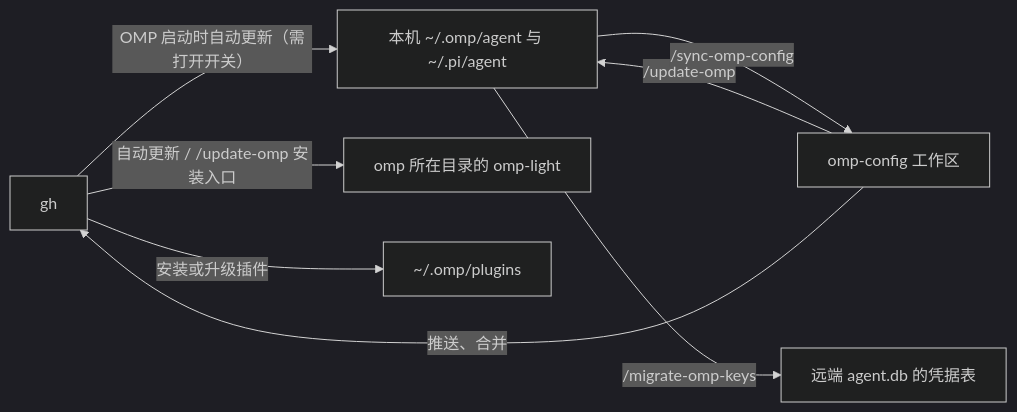
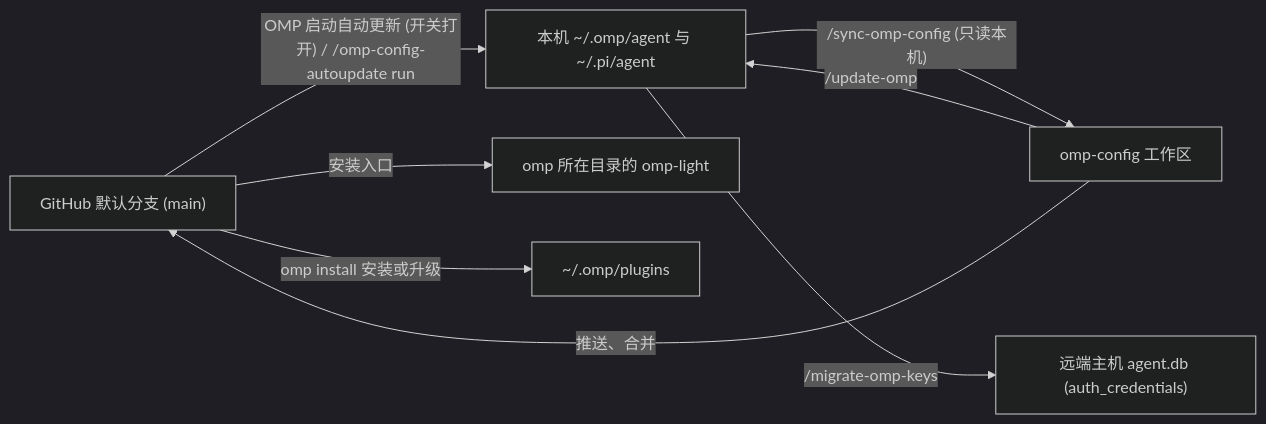
One commit to dbydd/oh-my-omomp changed the second of 2 diagrams in README.zh-CN.md. Above: the diagram before and after it, drawn with Mermaid (dark theme). The commit also changed other lines of this file and 6 other files, not shown here.

````diff
--- a/README.zh-CN.md
+++ b/README.zh-CN.md
@@ -116,10 +108,10 @@
 ```mermaid
 flowchart LR
-  gh -->|"OMP 启动时自动更新（需打开开关）"| local["本机 ~/.omp/agent 与 ~/.pi/agent"]
+  gh["GitHub 默认分支 (main)"] -->|"OMP 启动自动更新 (开关打开) / /omp-config-autoupdate run"| local["本机 ~/.omp/agent 与 ~/.pi/agent"]
   repo["omp-config 工作区"] -->|"/update-omp"| local
-  local -->|"/sync-omp-config"| repo
+  local -->|"/sync-omp-config (只读本机)"| repo
   repo -->|"推送、合并"| gh
-  gh -->|"自动更新 / /update-omp 安装入口"| light["omp 所在目录的 omp-light"]
-  gh -->|"安装或升级插件"| plugins["~/.omp/plugins"]
-  local -->|"/migrate-omp-keys"| remote["远端 agent.db 的凭据表"]
+  gh -->|"安装入口"| light["omp 所在目录的 omp-light"]
+  gh -->|"omp install 安装或升级"| plugins["~/.omp/plugins"]
+  local -->|"/migrate-omp-keys"| remote["远端主机 agent.db (auth_credentials)"]
 ```
````
